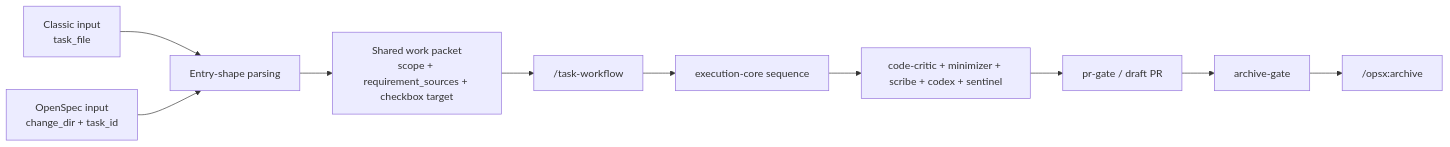
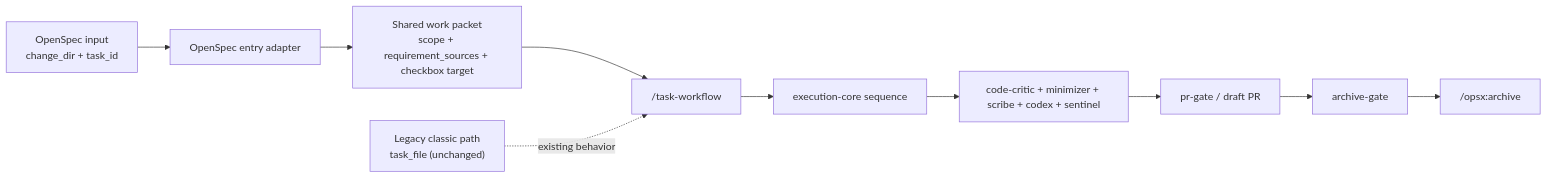
The first of 2 diagrams in docs/projects/openspec-integration/DESIGN.md (alexivison/ai-party), drawn with Mermaid before and after one commit. The commit also changed other lines of this file and 6 other files, not shown here.

````diff
--- a/docs/projects/openspec-integration/DESIGN.md
+++ b/docs/projects/openspec-integration/DESIGN.md
@@ -16,12 +22,12 @@
 ```mermaid
 flowchart LR
-    Classic["Classic input<br/>task_file"] --> Entry["Entry-shape parsing"]
-    OpenSpec["OpenSpec input<br/>change_dir + task_id"] --> Entry
+    OpenSpec["OpenSpec input<br/>change_dir + task_id"] --> Entry["OpenSpec entry adapter"]
     Entry --> Packet["Shared work packet<br/>scope + requirement_sources + checkbox target"]
     Packet --> Task["/task-workflow"]
     Task --> Core["execution-core sequence"]
     Core --> Review["code-critic + minimizer + scribe + codex + sentinel"]
     Review --> PR["pr-gate / draft PR"]
     PR --> ArchiveGate["archive-gate"]
     ArchiveGate --> Archive["/opsx:archive"]
+    Classic["Legacy classic path<br/>task_file (unchanged)"] -. existing behavior .-> Task
 ```
````
